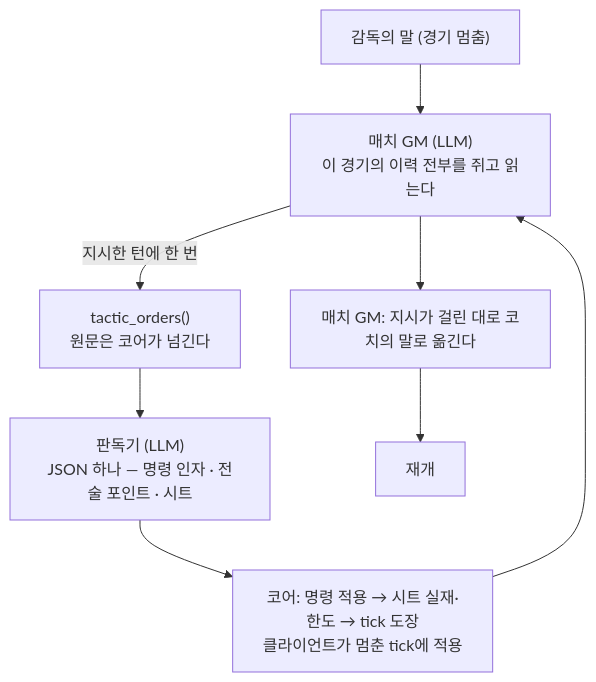
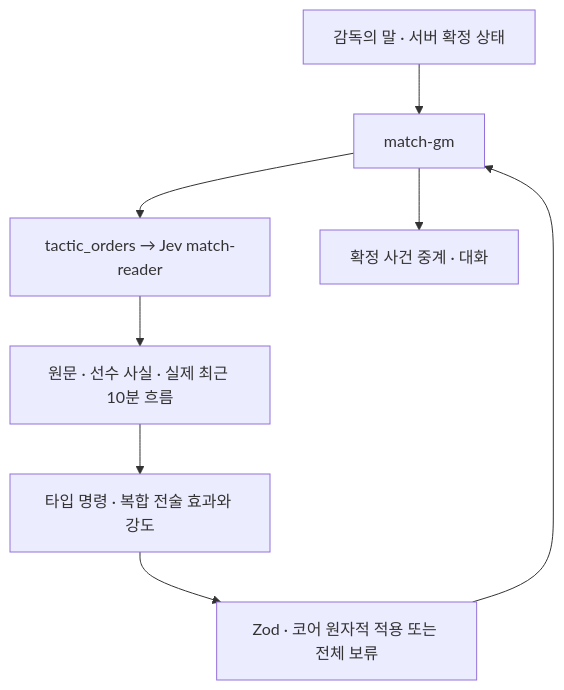
One commit to dhoonjang/gaffer changed the second of 2 diagrams in docs/match/match.md. Above: the diagram before and after it, drawn with Mermaid. The commit also changed other lines of this file and 140 other files, not shown here.

````diff
--- a/docs/match/match.md
+++ b/docs/match/match.md
@@ -110,10 +110,10 @@
 ```mermaid
 flowchart TB
-  A["감독의 말 (경기 멈춤)"] --> B["매치 GM (LLM)<br/>이 경기의 이력 전부를 쥐고 읽는다"]
-  B -->|"지시한 턴에 한 번"| C["tactic_orders()<br/>원문은 코어가 넘긴다"]
-  C --> C1["판독기 (LLM)<br/>JSON 하나 — 명령 인자 · 전술 포인트 · 시트"]
-  C1 --> C2["코어: 명령 적용 → 시트 실재·한도 → tick 도장<br/>클라이언트가 멈춘 tick에 적용"]
-  C2 --> B
-  B --> E["매치 GM: 지시가 걸린 대로 코치의 말로 옮긴다"]
-  E --> F["재개"]
+  A["감독의 말 · 서버 확정 상태"] --> G["match-gm"]
+  G --> B["tactic_orders → Jev match-reader"]
+  B --> C["원문 · 선수 사실 · 실제 최근 10분 흐름"]
+  C --> D["타입 명령 · 복합 전술 효과와 강도"]
+  D --> E["Zod · 코어 원자적 적용 또는 전체 보류"]
+  E --> G
+  G --> F["확정 사건 중계 · 대화"]
 ```
````
